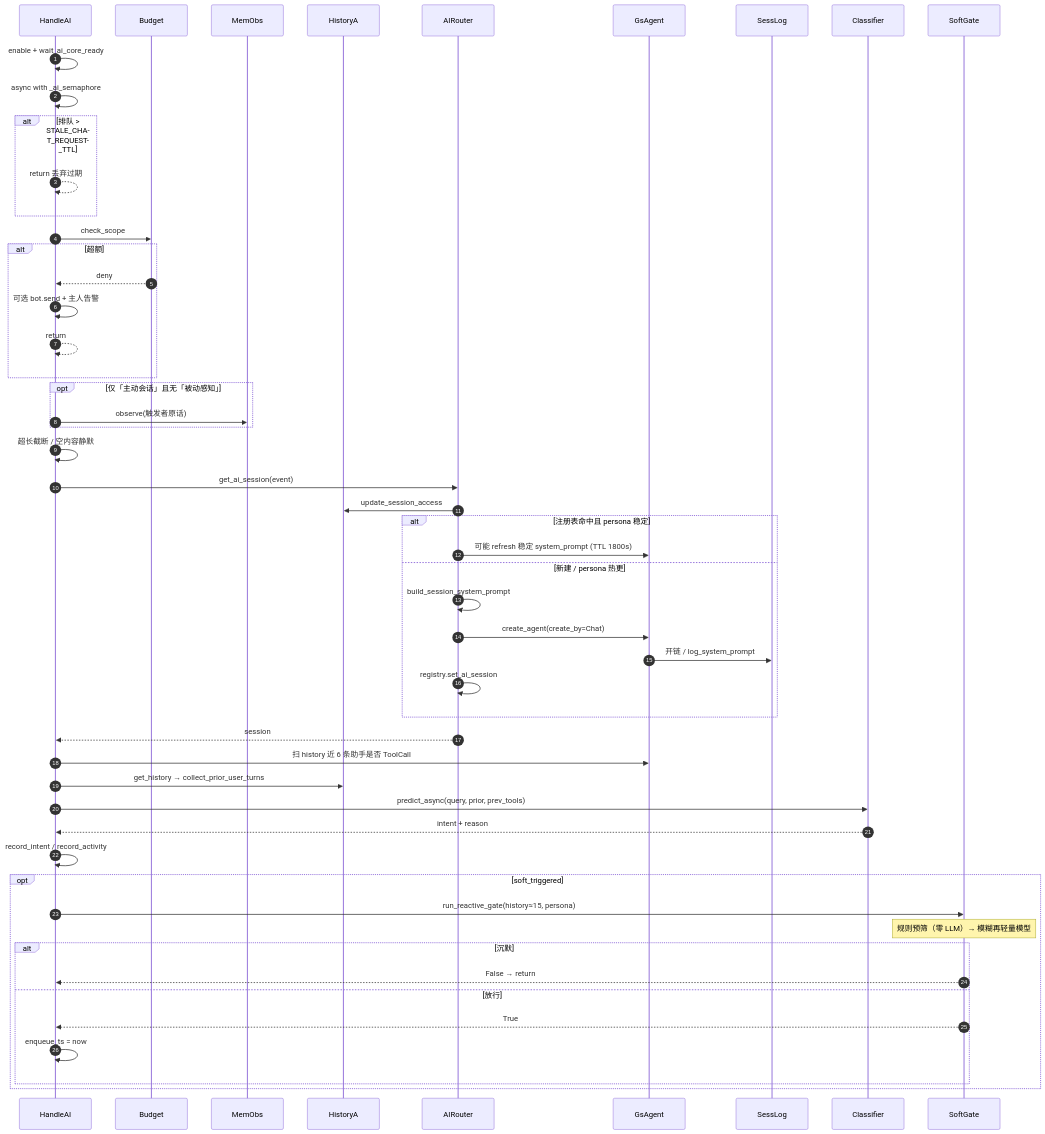
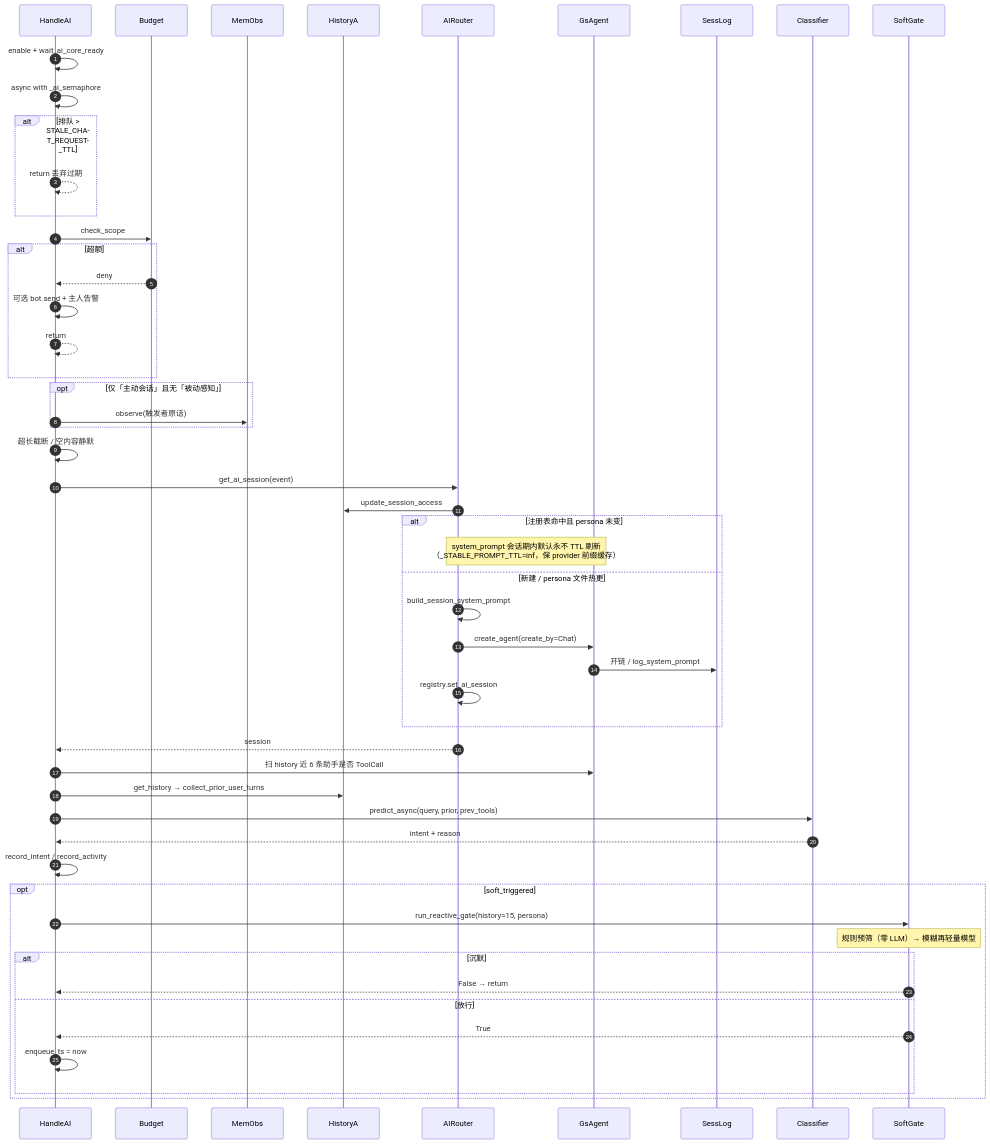
The fourth of 10 diagrams in docs/AI_AGENT_LIFECYCLE_SEQUENCE.md (Genshin-bots/gsuid_core), drawn with Mermaid before and after one commit. The commit also changed other lines of this file and 86 other files, not shown here.

````diff
--- a/docs/AI_AGENT_LIFECYCLE_SEQUENCE.md
+++ b/docs/AI_AGENT_LIFECYCLE_SEQUENCE.md
@@ -314,61 +315,61 @@
 ```mermaid
 sequenceDiagram
     autonumber
     participant HandleAI
     participant Budget
     participant MemObs as MemObs
     participant HistoryA as HistoryA
     participant AIRouter
     participant GsAgent
     participant SessLog as SessLog
     participant Classifier
     participant SoftGate
 
     HandleAI->>HandleAI: enable + wait_ai_core_ready
     HandleAI->>HandleAI: async with _ai_semaphore
     alt 排队 > STALE_CHAT_REQUEST_TTL
         HandleAI-->>HandleAI: return 丢弃过期
     end
 
     HandleAI->>Budget: check_scope
     alt 超额
         Budget-->>HandleAI: deny
         HandleAI->>HandleAI: 可选 bot.send + 主人告警
         HandleAI-->>HandleAI: return
     end
 
     opt 仅「主动会话」且无「被动感知」
         HandleAI->>MemObs: observe(触发者原话)
     end
 
     HandleAI->>HandleAI: 超长截断 / 空内容静默
 
     HandleAI->>AIRouter: get_ai_session(event)
     AIRouter->>HistoryA: update_session_access
-    alt 注册表命中且 persona 稳定
-        AIRouter->>GsAgent: 可能 refresh 稳定 system_prompt (TTL 1800s)
-    else 新建 / persona 热更
+    alt 注册表命中且 persona 未变
+        Note over AIRouter,GsAgent: system_prompt 会话期内默认永不 TTL 刷新<br/>（_STABLE_PROMPT_TTL=inf，保 provider 前缀缓存）
+    else 新建 / persona 文件热更
         AIRouter->>AIRouter: build_session_system_prompt
         AIRouter->>GsAgent: create_agent(create_by=Chat)
         GsAgent->>SessLog: 开链 / log_system_prompt
         AIRouter->>AIRouter: registry.set_ai_session
     end
     AIRouter-->>HandleAI: session
 
     HandleAI->>GsAgent: 扫 history 近 6 条助手是否 ToolCall
     HandleAI->>HistoryA: get_history → collect_prior_user_turns
     HandleAI->>Classifier: predict_async(query, prior, prev_tools)
     Classifier-->>HandleAI: intent + reason
     HandleAI->>HandleAI: record_intent / record_activity
 
     opt soft_triggered
         HandleAI->>SoftGate: run_reactive_gate(history≈15, persona)
         Note over SoftGate: 规则预筛（零 LLM）→ 模糊再轻量模型
         alt 沉默
             SoftGate-->>HandleAI: False → return
         else 放行
             SoftGate-->>HandleAI: True
             HandleAI->>HandleAI: enqueue_ts = now
         end
     end
 ```
````
